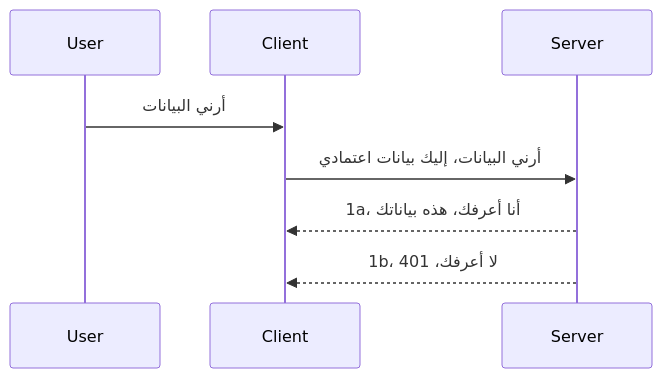
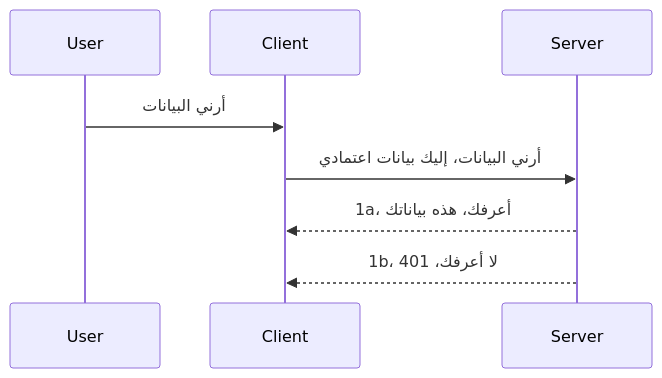
The diagram in mcp_ecosystem__model_context_protocol/mcp_learning_resources/mcp-for-beginners/translations/ar/03-GettingStarted/11-simple-auth/README.md (HIDORAKAI002/ai-workspace-archive), drawn with Mermaid before and after one commit. The commit also changed other lines of this file and 1160 other files, not shown here.

````diff
--- a/mcp_ecosystem__model_context_protocol/mcp_learning_resources/mcp-for-beginners/translations/ar/03-GettingStarted/11-simple-auth/README.md
+++ b/mcp_ecosystem__model_context_protocol/mcp_learning_resources/mcp-for-beginners/translations/ar/03-GettingStarted/11-simple-auth/README.md
@@ -24,11 +24,11 @@
 ```mermaid
 sequenceDiagram
    participant User
    participant Client
    participant Server
 
    User->>Client: أرني البيانات
    Client->>Server: أرني البيانات، إليك بيانات اعتمادي
-   Server-->>Client: 1a، أنا أعرفك، هذه بياناتك
+   Server-->>Client: 1a، أعرفك، هذه بياناتك
    Server-->>Client: 1b، لا أعرفك، 401 
 ```
````
